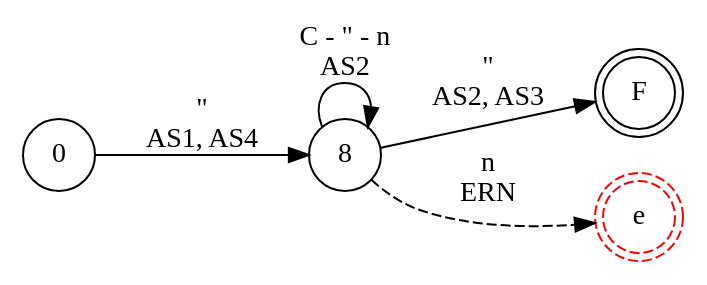
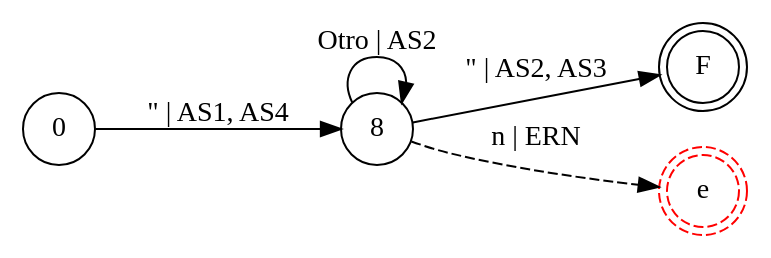
Before and after one commit to iroumec/RouVel-Compiler: the diagram in resources/diagrams/errors/strings.dot, drawn with Graphviz. The commit also changed 12 other files, not shown here.

Commit message:
Graphs Improved

```diff
--- a/resources/diagrams/errors/strings.dot
+++ b/resources/diagrams/errors/strings.dot
@@ -1,11 +1,11 @@
 digraph DFA {
     rankdir = LR;
     node [shape = circle;];
     F [shape = doublecircle;];
     e [shape = doublecircle;style = dashed;color = red;];
     
-    0 -> 8 [label = "\" \n AS1, AS4";];
-    8 -> 8 [label = "C - \" - n \n AS2";];
-    8 -> F [label = "\" \n AS2, AS3";];
-    8 -> e [label = "n \n ERN"; style = dashed;];
+    0 -> 8 [label = "\" | AS1, AS4";];
+    8 -> 8 [label = "Otro | AS2";];
+    8 -> F [label = "\" | AS2, AS3";];
+    8 -> e [label = "n | ERN"; style = dashed;];
 }
```
